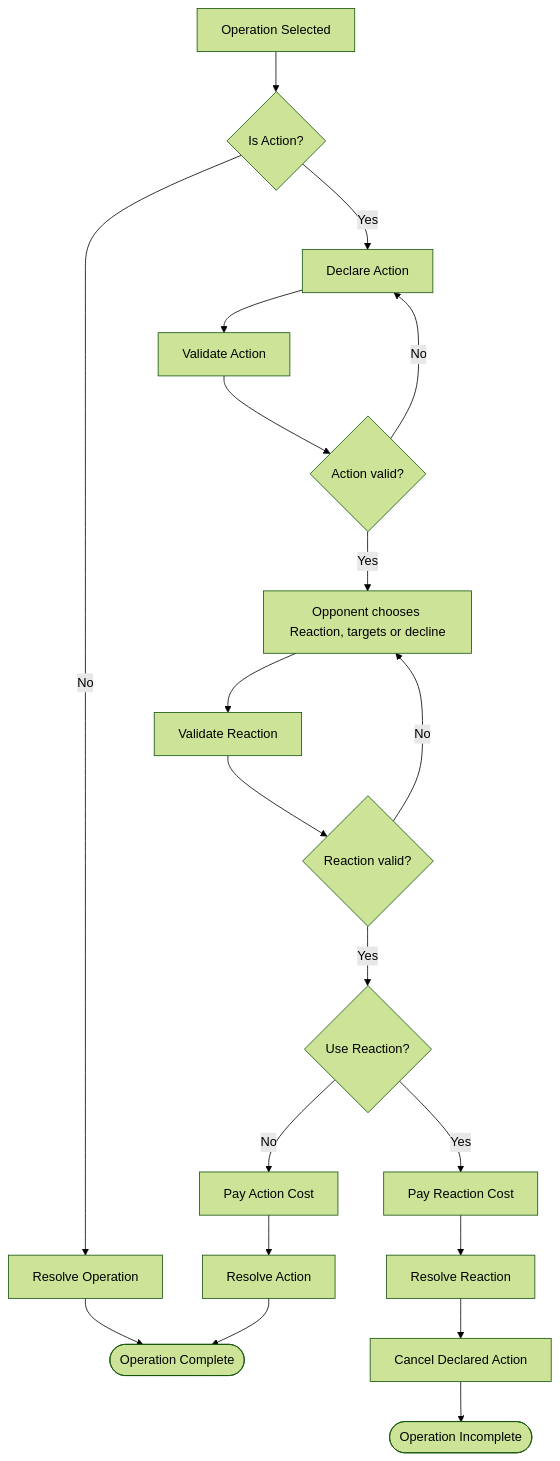
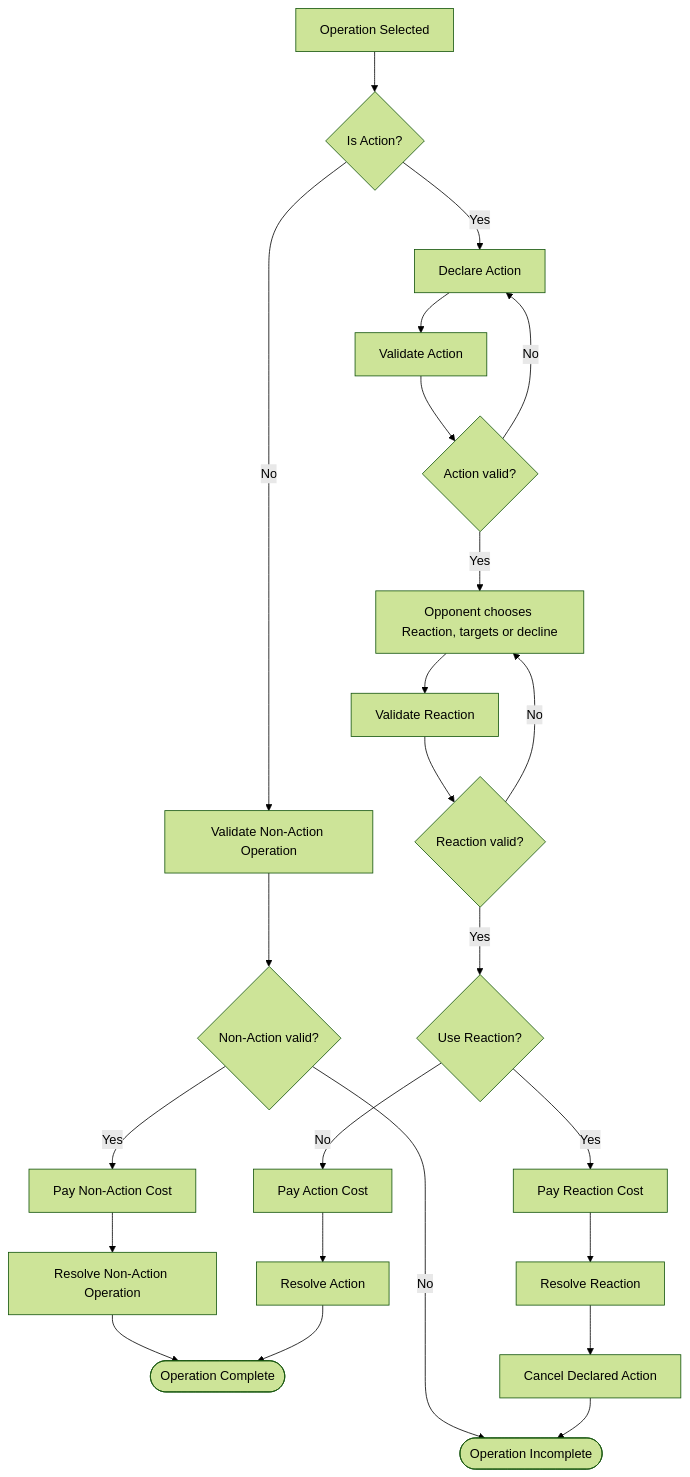
Before and after one commit to kjun1/card-game: the diagram in docs/process/action-reaction-flow.md, drawn with Mermaid (forest theme). The commit also changed other lines of this file and 27 other files, not shown here.

```diff
--- a/docs/process/action-reaction-flow.md
+++ b/docs/process/action-reaction-flow.md
@@ -19,24 +20,28 @@
 ~~~mermaid
 flowchart TD
     S[Operation Selected] --> A{Is Action?}
-    A -- No --> N[Resolve Operation]
+    A -- No --> VN[Validate Non-Action Operation]
+    VN --> NV{Non-Action valid?}
+    NV -- No --> U([Operation Incomplete])
+    NV -- Yes --> NC[Pay Non-Action Cost]
+    NC --> N[Resolve Non-Action Operation]
     N --> C([Operation Complete])
 
     A -- Yes --> D[Declare Action]
     D --> VA[Validate Action]
     VA --> AV{Action valid?}
     AV -- No --> D
     AV -- Yes --> R[Opponent chooses Reaction, targets or decline]
     R --> VR[Validate Reaction]
     VR --> RV{Reaction valid?}
     RV -- No --> R
     RV -- Yes --> G{Use Reaction?}
     G -- Yes --> RC[Pay Reaction Cost]
     RC --> RR[Resolve Reaction]
     RR --> X[Cancel Declared Action]
-    X --> U([Operation Incomplete])
+    X --> U
 
     G -- No --> AC[Pay Action Cost]
     AC --> AR[Resolve Action]
     AR --> C
 ~~~
```
